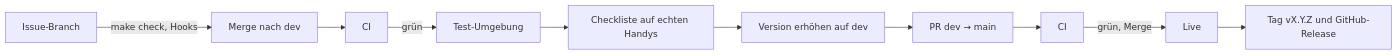
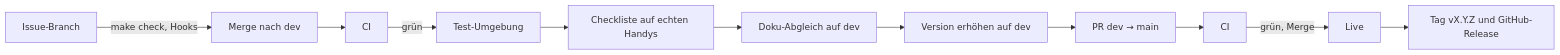
One commit to konstantinniedermann/tco-app changed the diagram in docs/ci-cd-und-release.md. Above: the diagram before and after it, drawn with Mermaid. The commit also changed other lines of this file and 2 other files, not shown here.

First line of the commit message:
docs: Doku-Abgleich vor jedem Release dev → main (aus Munica übernommen)

````diff
--- a/docs/ci-cd-und-release.md
+++ b/docs/ci-cd-und-release.md
@@ -43,12 +43,13 @@
 ```mermaid
 flowchart LR
   B[Issue-Branch] -->|make check, Hooks| D[Merge nach dev]
   D --> C1[CI]
   C1 -->|grün| T[Test-Umgebung]
   T --> K[Checkliste auf echten Handys]
-  K --> R[Version erhöhen auf dev]
+  K --> A[Doku-Abgleich auf dev]
+  A --> R[Version erhöhen auf dev]
   R --> P[PR dev → main]
   P --> C2[CI]
   C2 -->|grün, Merge| L[Live]
   L --> V[Tag vX.Y.Z und GitHub-Release]
 ```
````
